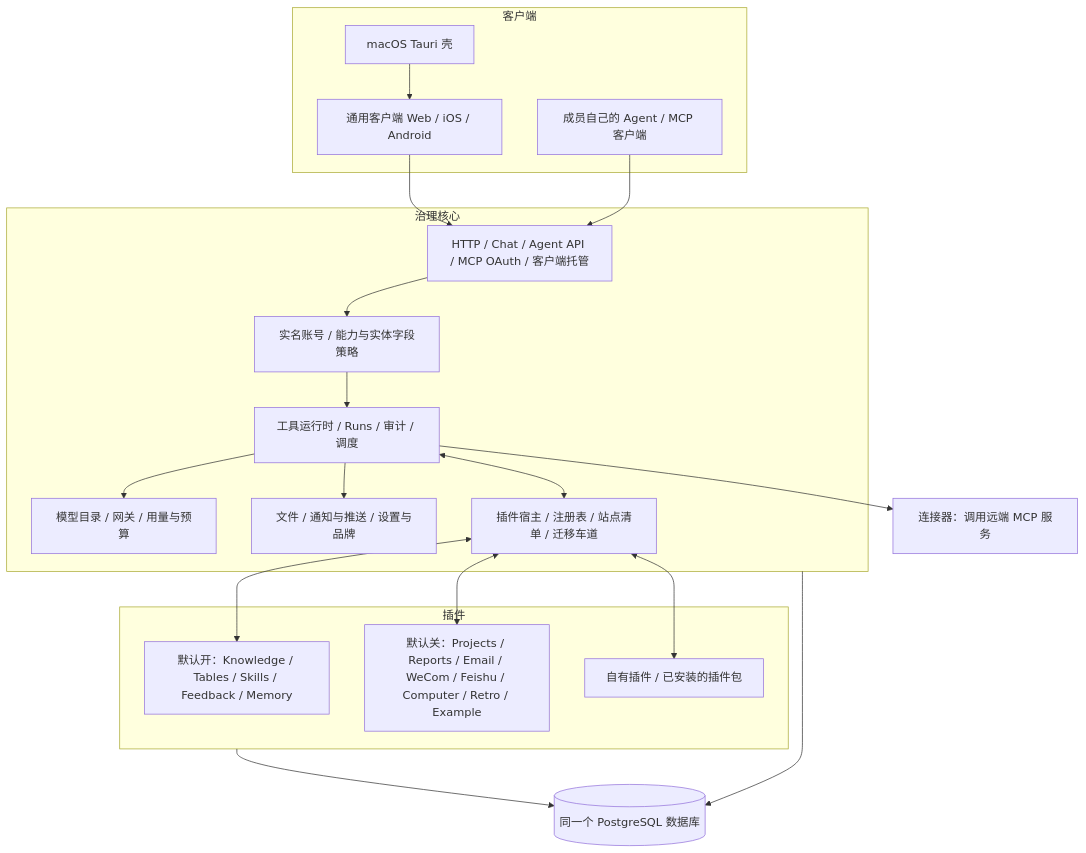
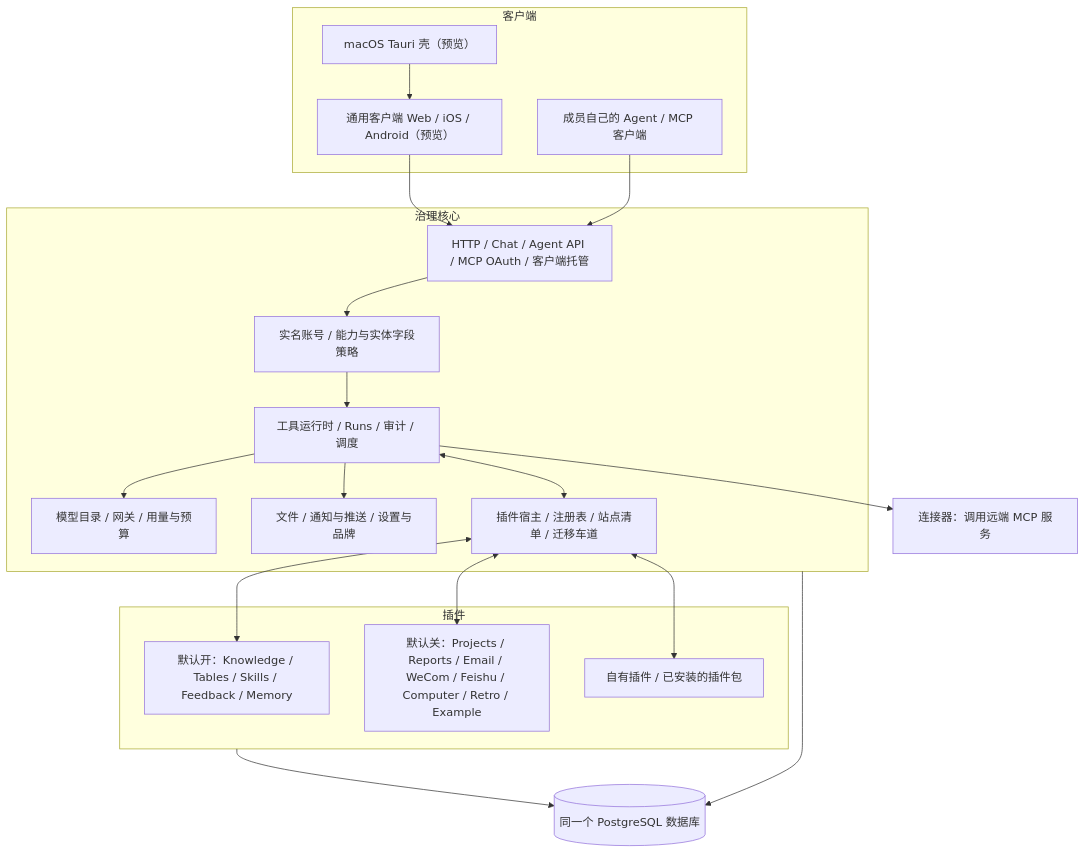
The first of 4 diagrams in docs/architecture.md (linjiejim/greenhouse), drawn with Mermaid before and after one commit. The commit also changed other lines of this file and 10 other files, not shown here.

````diff
--- a/docs/architecture.md
+++ b/docs/architecture.md
@@ -12,30 +12,30 @@
 ```mermaid
 flowchart TB
   subgraph clients[客户端]
-    universal[通用客户端 Web / iOS / Android]
-    desktop[macOS Tauri 壳]
+    universal[通用客户端 Web / iOS / Android（预览）]
+    desktop[macOS Tauri 壳（预览）]
     external[成员自己的 Agent / MCP 客户端]
   end
   desktop --> universal
   subgraph core[治理核心]
     ingress[HTTP / Chat / Agent API / MCP OAuth / 客户端托管]
     auth[实名账号 / 能力与实体字段策略]
     runtime[工具运行时 / Runs / 审计 / 调度]
     models[模型目录 / 网关 / 用量与预算]
     shared[文件 / 通知与推送 / 设置与品牌]
     host[插件宿主 / 注册表 / 站点清单 / 迁移车道]
     ingress --> auth --> runtime
     runtime --> models & shared
     runtime <--> host
   end
   universal & external --> ingress
   subgraph plugins[插件]
     defaults[默认开：Knowledge / Tables / Skills / Feedback / Memory]
     optional[默认关：Projects / Reports / Email / WeCom / Feishu / Computer / Retro / Example]
     private[自有插件 / 已安装的插件包]
   end
   host <--> defaults & optional & private
   runtime --> connectors[连接器：调用远端 MCP 服务]
   core --> db[(同一个 PostgreSQL 数据库)]
   plugins --> db
 ```
````
